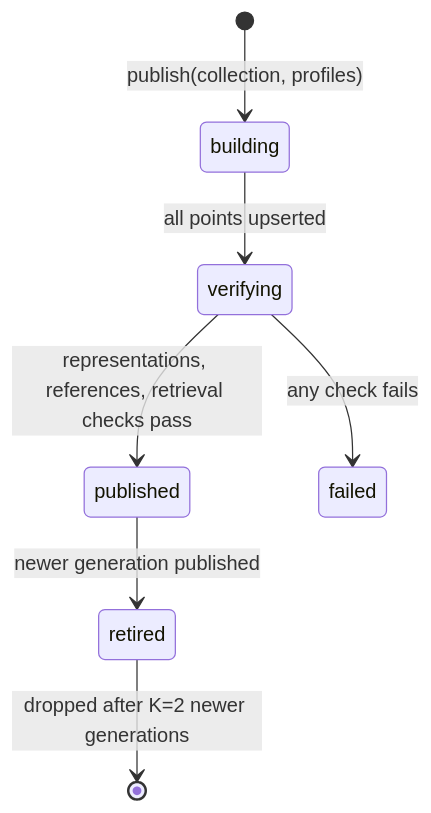
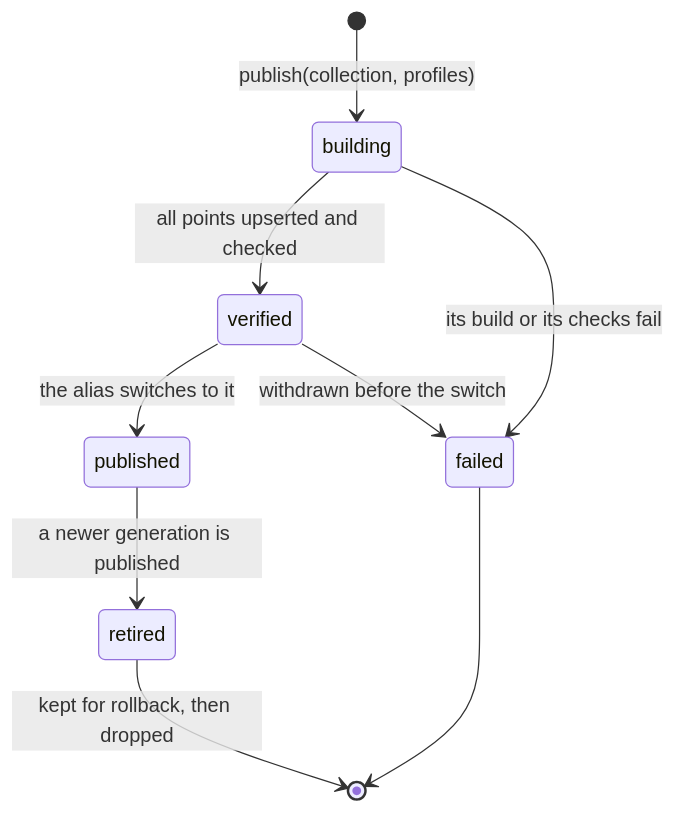
Before and after one commit to Orchestration-Maestro/maestro-core: the second of 2 diagrams in docs/architecture/01-knowledge-pipeline.md, drawn with Mermaid. The commit also changed other lines of this file and 23 other files, not shown here.

````diff
--- a/docs/architecture/01-knowledge-pipeline.md
+++ b/docs/architecture/01-knowledge-pipeline.md
@@ -553,9 +553,11 @@
 ```mermaid
 stateDiagram-v2
   [*] --> building: publish(collection, profiles)
-  building --> verifying: all points upserted
-  verifying --> published: representations, references, retrieval checks pass
-  verifying --> failed: any check fails
-  published --> retired: newer generation published
-  retired --> [*]: dropped after K=2 newer generations
+  building --> verified: all points upserted and checked
+  building --> failed: its build or its checks fail
+  verified --> published: the alias switches to it
+  verified --> failed: withdrawn before the switch
+  published --> retired: a newer generation is published
+  retired --> [*]: kept for rollback, then dropped
+  failed --> [*]
 ```
````
